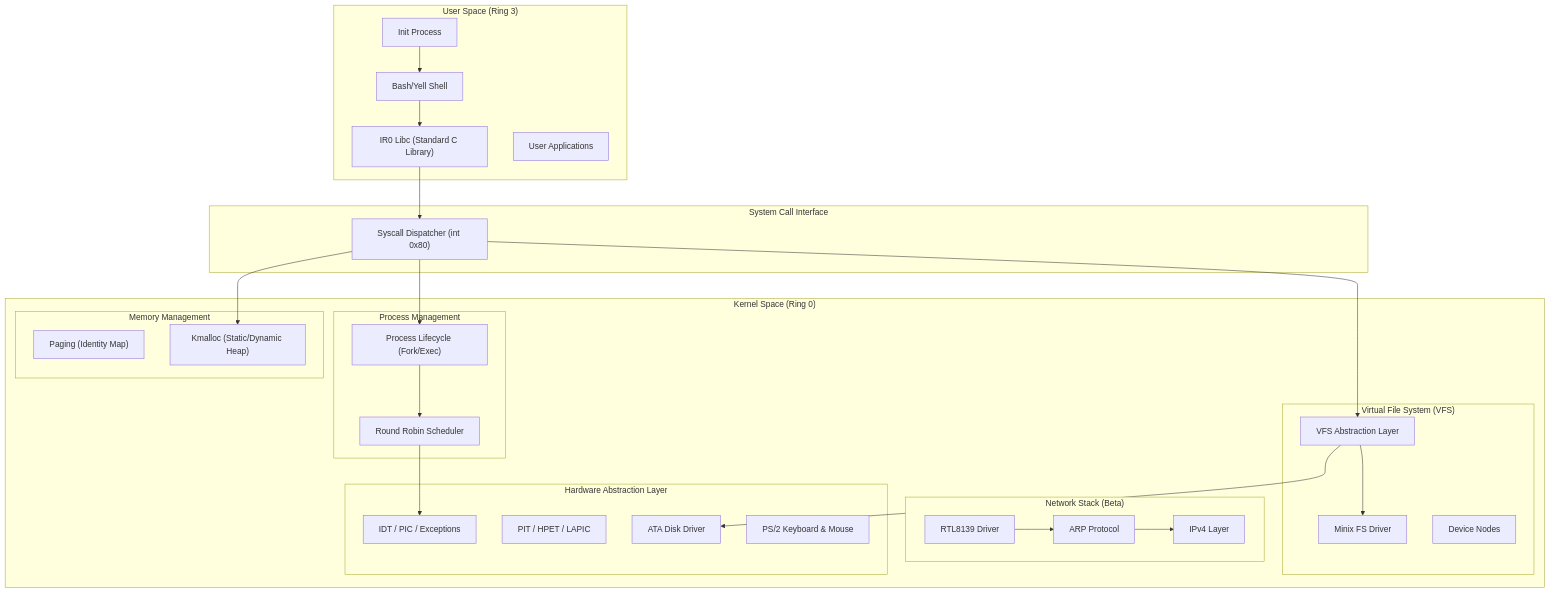
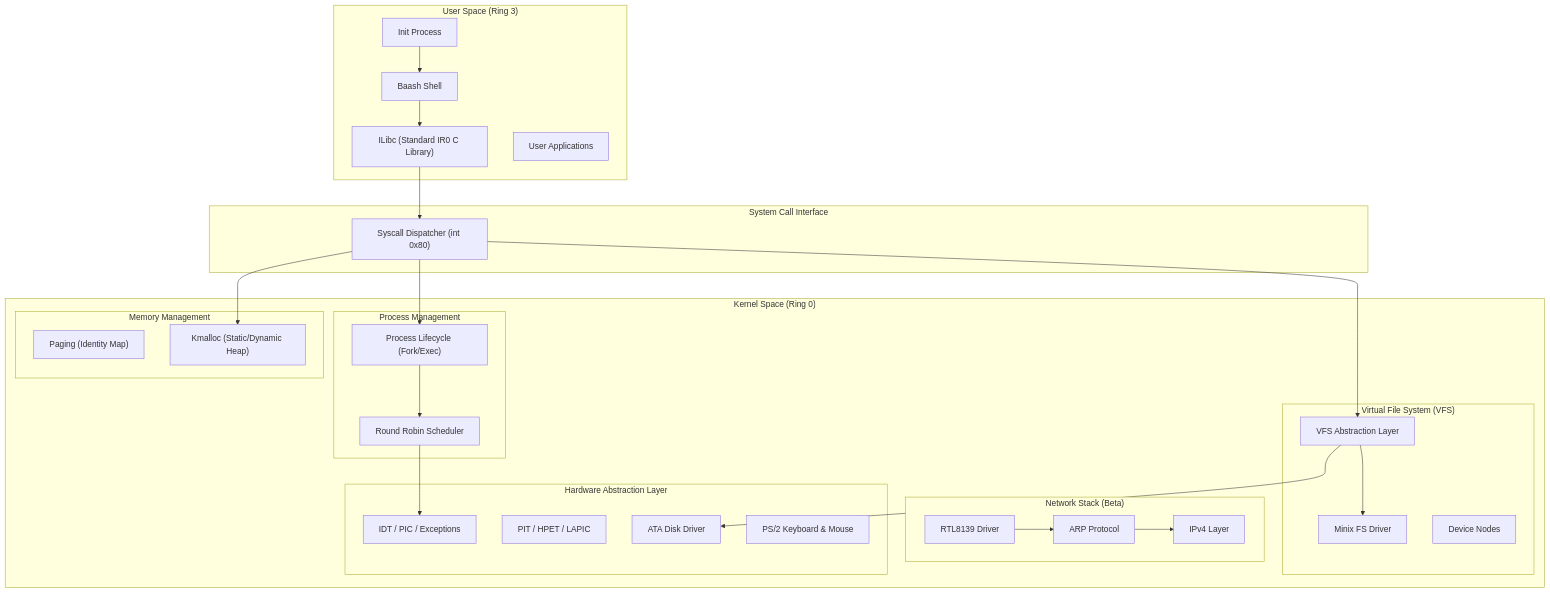
The first of 2 diagrams in README.MD (IRodriguez13/IR0), drawn with Mermaid before and after one commit. The commit also changed 1 other file, not shown here.

Commit message:
fix: update kernel space terminology in README

````diff
--- a/README.MD
+++ b/README.MD
@@ -9,57 +9,57 @@
 ```mermaid
 graph TD
     subgraph "User Space (Ring 3)"
         INIT["Init Process"]
-        Shell["Bash/Yell Shell"]
-        Libc["IR0 Libc (Standard C Library)"]
+        Shell["Baash Shell"]
+        Libc["ILibc (Standard IR0 C Library)"]
         Apps["User Applications"]
     end
 
     subgraph "System Call Interface"
         Syscall["Syscall Dispatcher (int 0x80)"]
     end
 
     subgraph "Kernel Space (Ring 0)"
         subgraph "Process Management"
             Sched["Round Robin Scheduler"]
             Proc["Process Lifecycle (Fork/Exec)"]
         end
 
         subgraph "Memory Management"
             Paging["Paging (Identity Map)"]
             Kalloc["Kmalloc (Static/Dynamic Heap)"]
         end
 
         subgraph "Virtual File System (VFS)"
             Minix["Minix FS Driver"]
             VFS["VFS Abstraction Layer"]
             DevFS["Device Nodes"]
         end
 
         subgraph "Network Stack (Beta)"
             ARP["ARP Protocol"]
             IPv4["IPv4 Layer"]
             RTL8139["RTL8139 Driver"]
         end
 
         subgraph "Hardware Abstraction Layer"
             IDT["IDT / PIC / Exceptions"]
             Timer["PIT / HPET / LAPIC"]
             Storage["ATA Disk Driver"]
             IO["PS/2 Keyboard & Mouse"]
         end
     end
 
     Shell --> Libc
     INIT --> Shell
     Libc --> Syscall
     Syscall --> VFS
     Syscall --> Proc
     Syscall --> Kalloc
     VFS --> Minix
     VFS --> Storage
     Proc --> Sched
     Sched --> IDT
     RTL8139 --> ARP
     ARP --> IPv4
 ```
````
